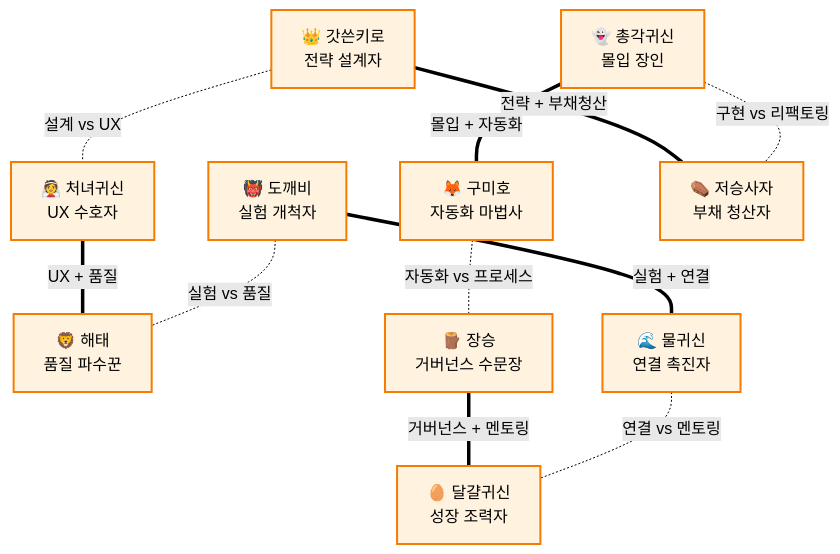
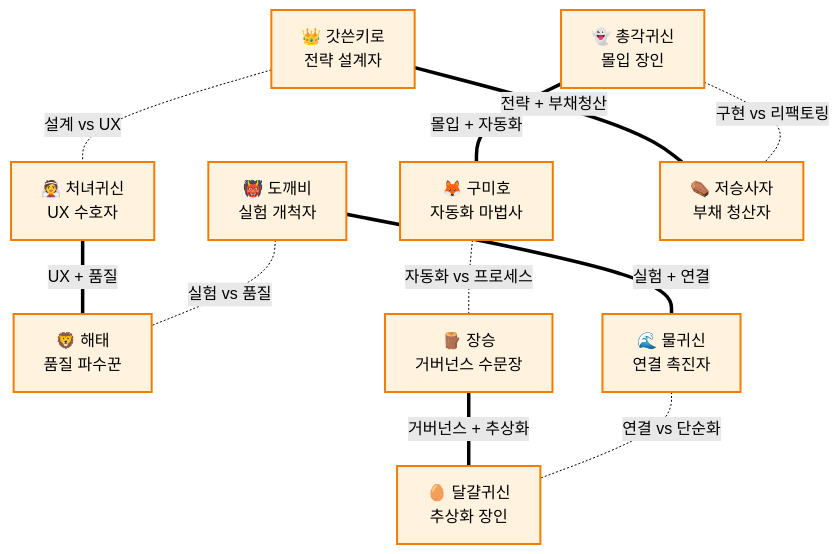
The third of 3 diagrams in docs/character-network.md (yansonz/kiro-friends), drawn with Mermaid (forest theme) before and after one commit. The commit also changed other lines of this file and 3 other files, not shown here.

````diff
--- a/docs/character-network.md
+++ b/docs/character-network.md
@@ -61,32 +61,32 @@
 ```mermaid
 graph TB
     %% 캐릭터 노드
     gatssn["👑 갓쓴키로<br/>전략 설계자"]
     chonggak["👻 총각귀신<br/>몰입 장인"]
     cheonyeo["👰 처녀귀신<br/>UX 수호자"]
     dokkaebi["👹 도깨비<br/>실험 개척자"]
     gumiho["🦊 구미호<br/>자동화 마법사"]
     haetae["🦁 해태<br/>품질 파수꾼"]
     jangseung["🪵 장승<br/>거버넌스 수문장"]
     jeoseung["⚰️ 저승사자<br/>부채 청산자"]
     mulgwisin["🌊 물귀신<br/>연결 촉진자"]
-    dalgyal["🥚 달걀귀신<br/>성장 조력자"]
+    dalgyal["🥚 달걀귀신<br/>추상화 장인"]
     
     %% 시너지 관계 (파란색 실선)
     gatssn ===|"전략 + 부채청산"| jeoseung
     chonggak ===|"몰입 + 자동화"| gumiho
     cheonyeo ===|"UX + 품질"| haetae
     dokkaebi ===|"실험 + 연결"| mulgwisin
-    jangseung ===|"거버넌스 + 멘토링"| dalgyal
+    jangseung ===|"거버넌스 + 추상화"| dalgyal
     
     %% 긴장 관계 (빨간색 점선)
     gatssn -.-|"설계 vs UX"| cheonyeo
     chonggak -.-|"구현 vs 리팩토링"| jeoseung
     dokkaebi -.-|"실험 vs 품질"| haetae
     gumiho -.-|"자동화 vs 프로세스"| jangseung
-    mulgwisin -.-|"연결 vs 멘토링"| dalgyal
+    mulgwisin -.-|"연결 vs 단순화"| dalgyal
     
     %% 스타일
     classDef defaultNode fill:#fff3e0,stroke:#f57c00,stroke-width:2px
     class gatssn,chonggak,cheonyeo,dokkaebi,gumiho,haetae,jangseung,jeoseung,mulgwisin,dalgyal defaultNode
 ```
````
